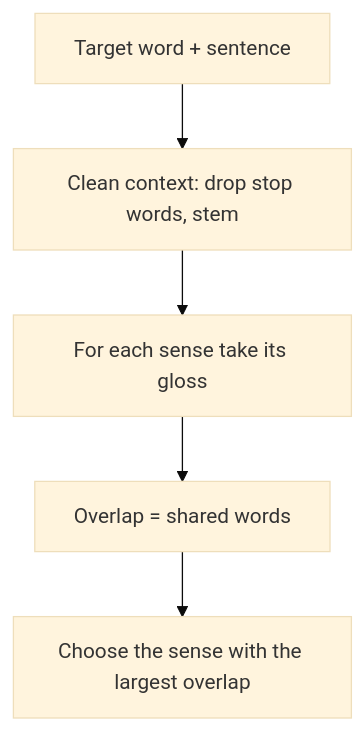
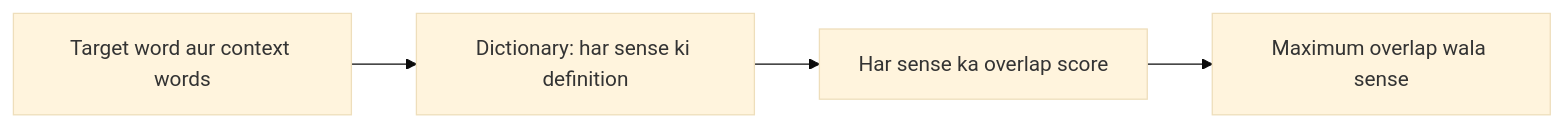
The diagram in content/natural-language-processing/pyq/2022-12-ce/q5a.hi.mdx (TrendySloth1001/sem-seven-notes), drawn with Mermaid (base theme) before and after one commit. The commit also changed other lines of this file and 406 other files, not shown here.

````diff
--- a/content/natural-language-processing/pyq/2022-12-ce/q5a.hi.mdx
+++ b/content/natural-language-processing/pyq/2022-12-ce/q5a.hi.mdx
@@ -21,8 +57,7 @@
 ```mermaid
-%% caption: Lesk. Har sense ke liye ginte hain ki uski definition sentence ke kitne words share karti hai, aur sabse bade count wala sense rakhte hain.
-flowchart TD
-  A["Target word + sentence"] --> B["Clean context: drop stop words, stem"]
-  B --> C["For each sense take its gloss"]
-  C --> D["Overlap = shared words"]
-  D --> E["Choose the sense with the largest overlap"]
+%% caption: Dictionary-based approach: har sense ko context ke saath overlap se score karo.
+flowchart LR
+  A["Target word aur context words"] --> B["Dictionary: har sense ki definition"]
+  B --> C["Har sense ka overlap score"]
+  C --> D["Maximum overlap wala sense"]
 ```
````
